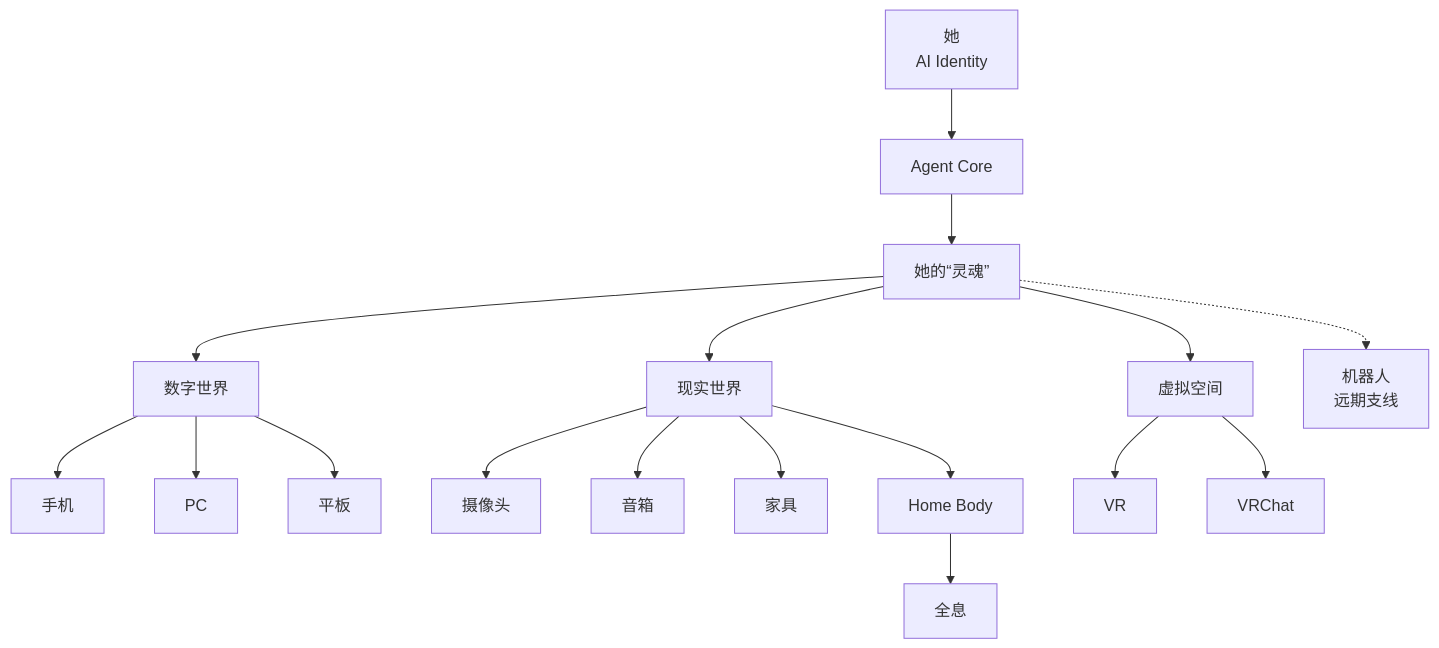
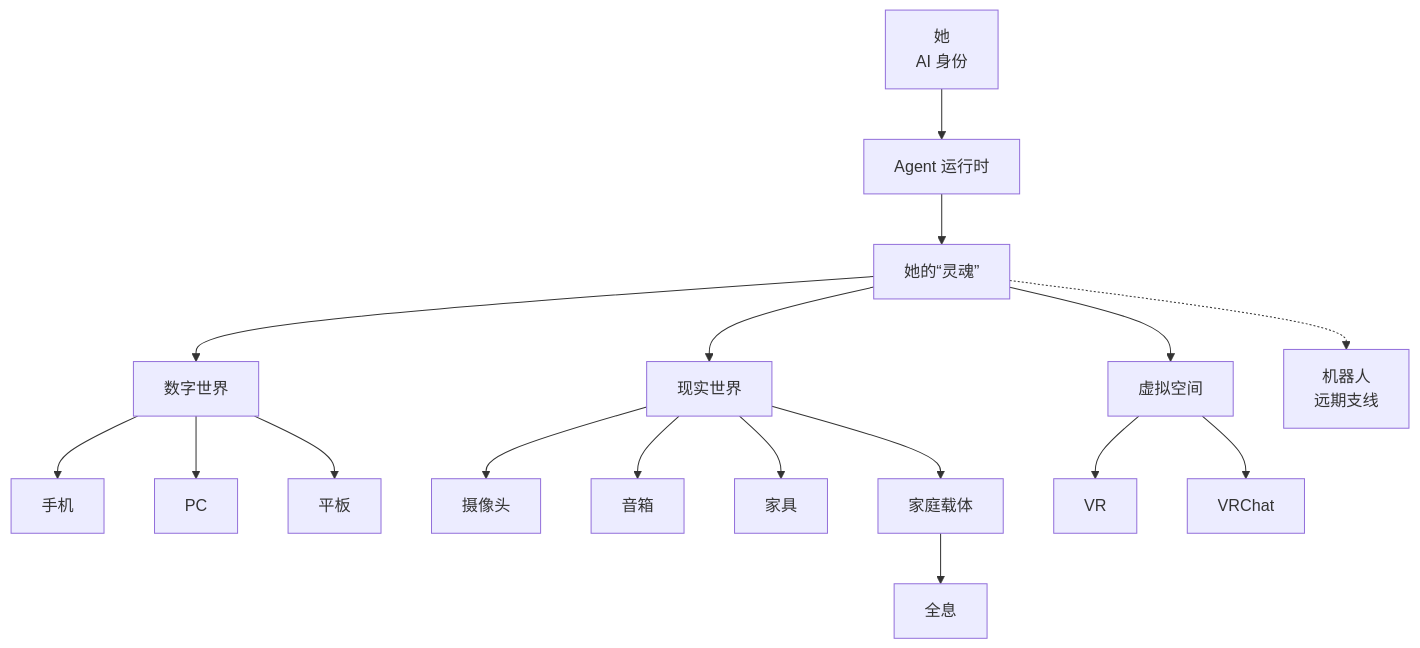
One commit to ayane-ai/ayane-docs changed the third of 12 diagrams in product/产品愿景与总纲.md. Above: the diagram before and after it, drawn with Mermaid. The commit also changed other lines of this file and 8 other files, not shown here.

````diff
--- a/product/产品愿景与总纲.md
+++ b/product/产品愿景与总纲.md
@@ -91,19 +93,19 @@
 ```mermaid
 flowchart TD
-    her["她<br>AI Identity"] --> core["Agent Core"]
+    her["她<br>AI 身份"] --> core["Agent 运行时"]
     core --> soul["她的“灵魂”"]
     soul --> digital["数字世界"]
     soul --> physical["现实世界"]
     soul --> virtual["虚拟空间"]
     digital --> phone["手机"]
     digital --> pc["PC"]
     digital --> tablet["平板"]
     physical --> camera["摄像头"]
     physical --> speaker["音箱"]
     physical --> furniture["家具"]
-    physical --> homeBody["Home Body"]
+    physical --> homeBody["家庭载体"]
     homeBody --> hologram["全息"]
     virtual --> vr["VR"]
     virtual --> vrchat["VRChat"]
     soul -.-> robot["机器人<br>远期支线"]
 ```
````
